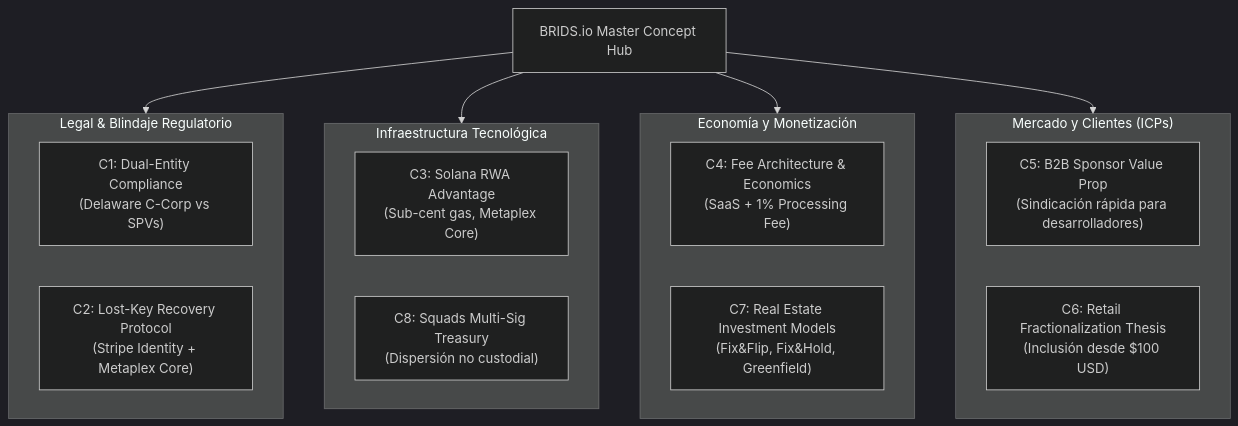
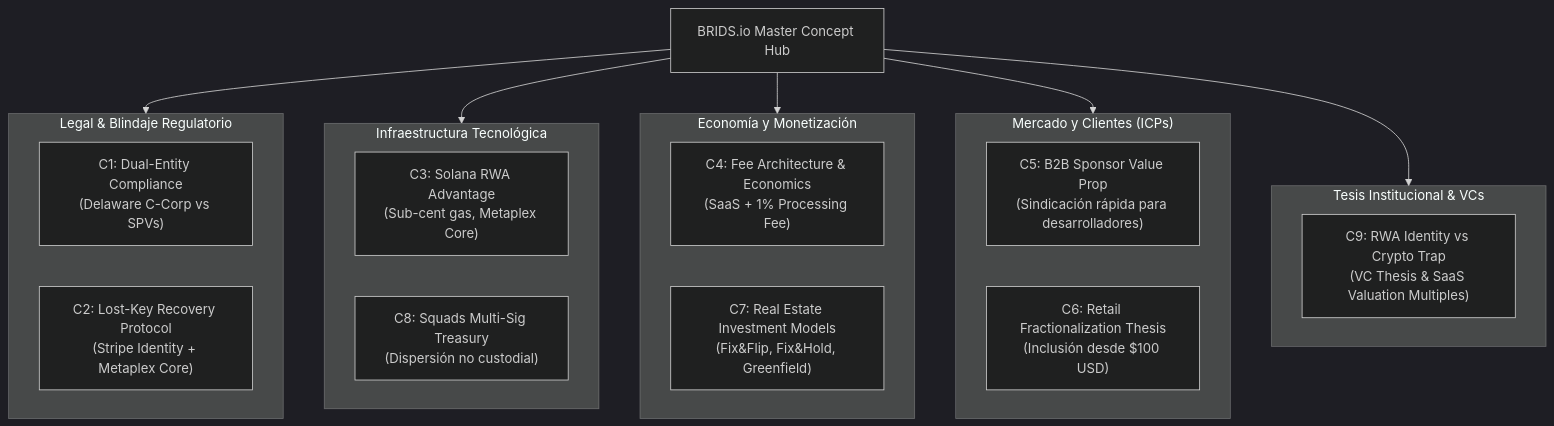
The diagram in BRIDS-Brain/01 Negocio/01 Estrategia & Modelo/master-business-concepts.md (jeisonsosablockdev/BRIDS-KNOWLEDGE-FORT), drawn with Mermaid (dark theme) before and after one commit. The commit also changed other lines of this file and 10 other files, not shown here.

First line of the commit message:
feat(strategy): add Concept C9 RWA identity VC thesis and UAE market research dossier

````diff
--- a/BRIDS-Brain/01 Negocio/01 Estrategia & Modelo/master-business-concepts.md
+++ b/BRIDS-Brain/01 Negocio/01 Estrategia & Modelo/master-business-concepts.md
@@ -27,29 +27,34 @@
 ```mermaid
 graph TD
     Master["BRIDS.io Master Concept Hub"]
     
     subgraph Legal_Compliance["Legal & Blindaje Regulatorio"]
         C1["C1: Dual-Entity Compliance<br/>(Delaware C-Corp vs SPVs)"]
         C2["C2: Lost-Key Recovery Protocol<br/>(Stripe Identity + Metaplex Core)"]
     end
 
     subgraph Tech_Infra["Infraestructura Tecnológica"]
         C3["C3: Solana RWA Advantage<br/>(Sub-cent gas, Metaplex Core)"]
         C8["C8: Squads Multi-Sig Treasury<br/>(Dispersión no custodial)"]
     end
 
     subgraph Business_Economics["Economía y Monetización"]
         C4["C4: Fee Architecture & Economics<br/>(SaaS + 1% Processing Fee)"]
         C7["C7: Real Estate Investment Models<br/>(Fix&Flip, Fix&Hold, Greenfield)"]
     end
 
     subgraph Market_GTM["Mercado y Clientes (ICPs)"]
         C5["C5: B2B Sponsor Value Prop<br/>(Sindicación rápida para desarrolladores)"]
         C6["C6: Retail Fractionalization Thesis<br/>(Inclusión desde $100 USD)"]
     end
 
+    subgraph VC_Thesis["Tesis Institucional & VCs"]
+        C9["C9: RWA Identity vs Crypto Trap<br/>(VC Thesis & SaaS Valuation Multiples)"]
+    end
+
     Master --> Legal_Compliance
     Master --> Tech_Infra
     Master --> Business_Economics
     Master --> Market_GTM
+    Master --> VC_Thesis
 ```
````
